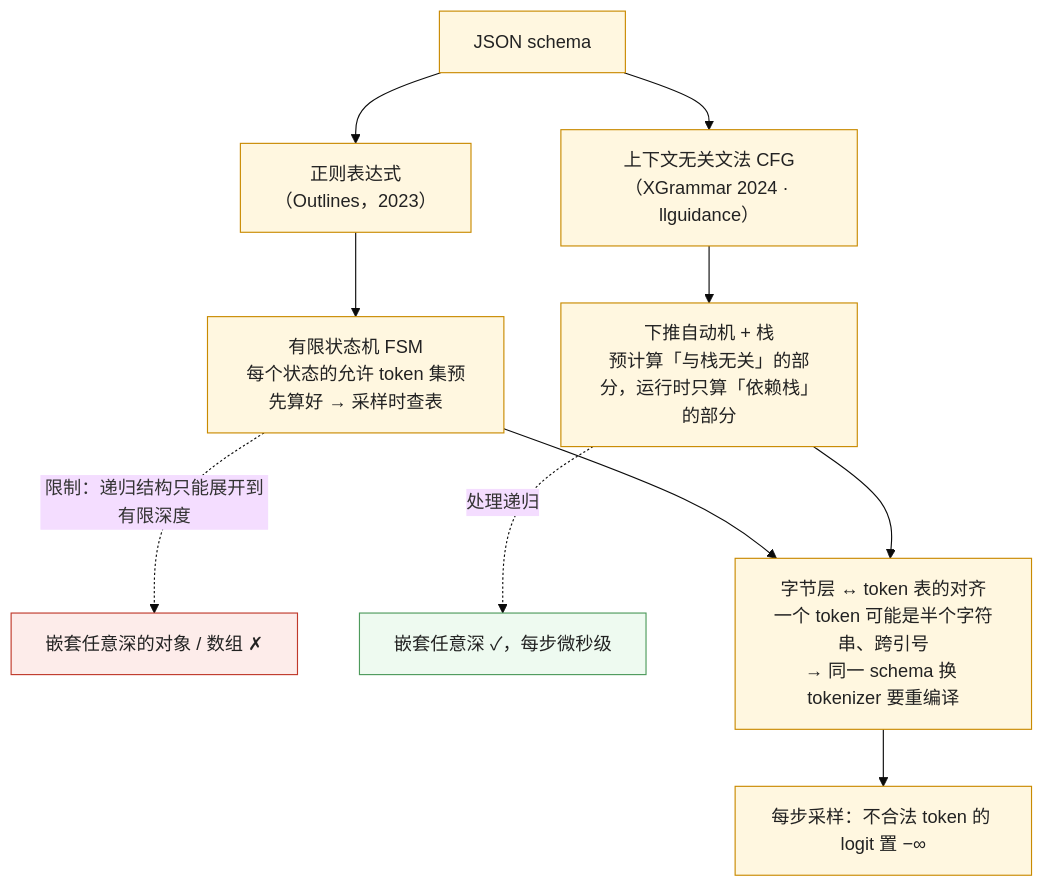
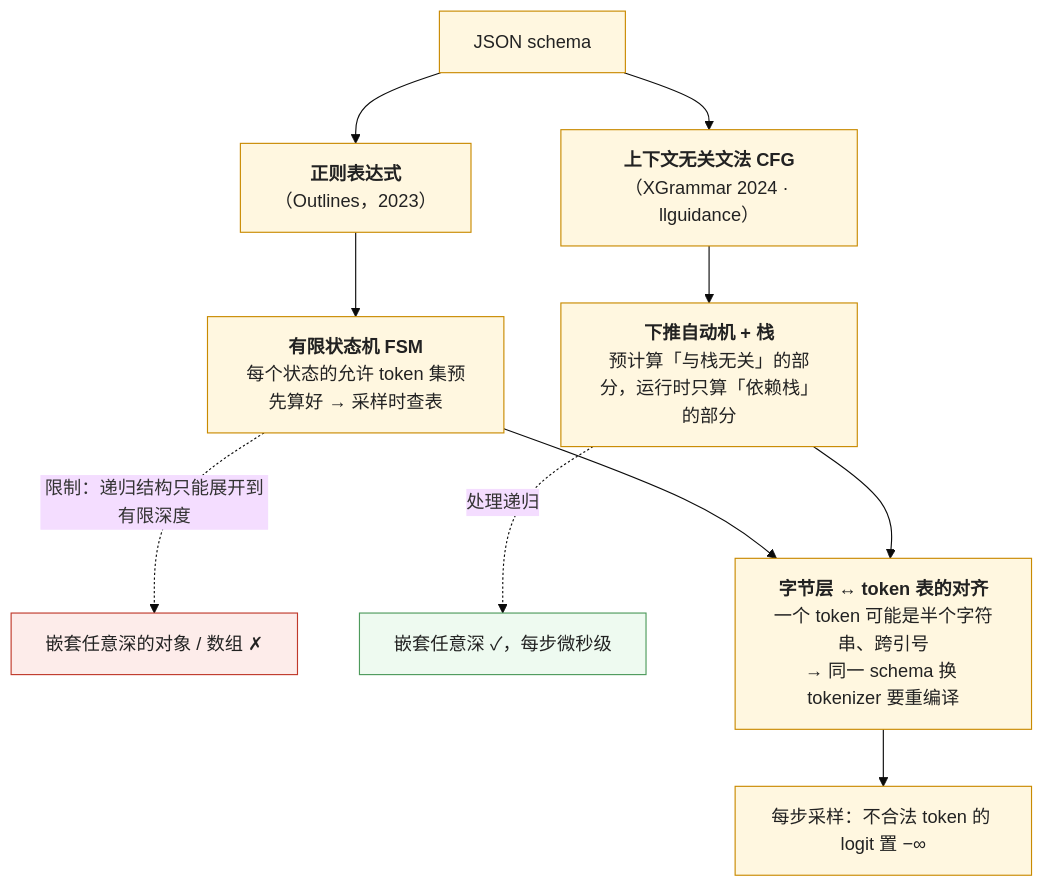
One commit to arganzheng/arganzheng.github.com changed the first of 4 diagrams in _posts/2026-10-08-structured-output-constrained-decoding-and-schema-design.md. Above: the diagram before and after it, drawn with Mermaid (base theme). The commit also changed other lines of this file and 6 other files, not shown here.

First line of the commit message:
Prompt 与上下文工程：模型这一步该看到什么：Mermaid 多行方框的首行标为标题（7 篇）

````diff
--- a/_posts/2026-10-08-structured-output-constrained-decoding-and-schema-design.md
+++ b/_posts/2026-10-08-structured-output-constrained-decoding-and-schema-design.md
@@ -52,16 +52,16 @@
 ```mermaid
 %% 图：从 schema 到自动机的两条路——Outlines 把 schema 转成正则再编译成有限状态机，允许的 token 集合预先算好、采样时查表，但表达不了递归；XGrammar / llguidance 用上下文无关文法和下推自动机处理嵌套，把 token 集合拆成预计算部分和依赖栈的部分；两者都要在字节层面与 tokenizer 对齐
 flowchart TB
-    S["JSON schema"] --> R["正则表达式<br/>（Outlines，2023）"] --> F["有限状态机 FSM<br/>每个状态的允许 token 集预先算好 → 采样时查表"]
-    S --> G["上下文无关文法 CFG<br/>（XGrammar 2024 · llguidance）"] --> P["下推自动机 + 栈<br/>预计算「与栈无关」的部分，运行时只算「依赖栈」的部分"]
+    S["JSON schema"] --> R["<b>正则表达式</b><br/>（Outlines，2023）"] --> F["<b>有限状态机 FSM</b><br/>每个状态的允许 token 集预先算好 → 采样时查表"]
+    S --> G["<b>上下文无关文法 CFG</b><br/>（XGrammar 2024 · llguidance）"] --> P["<b>下推自动机 + 栈</b><br/>预计算「与栈无关」的部分，运行时只算「依赖栈」的部分"]
     F -.->|"限制：递归结构只能展开到有限深度"| X1["嵌套任意深的对象 / 数组 ✗"]
     P -.->|"处理递归"| X2["嵌套任意深 ✓，每步微秒级"]
-    F & P --> B["字节层 ↔ token 表的对齐<br/>一个 token 可能是半个字符串、跨引号<br/>→ 同一 schema 换 tokenizer 要重编译"]
+    F & P --> B["<b>字节层 ↔ token 表的对齐</b><br/>一个 token 可能是半个字符串、跨引号<br/>→ 同一 schema 换 tokenizer 要重编译"]
     B --> D["每步采样：不合法 token 的 logit 置 −∞"]
     classDef step fill:#fff7e0,stroke:#c98a00,color:#222
     classDef bad fill:#fdecea,stroke:#c0392b,color:#222
     classDef ok fill:#eefaf0,stroke:#4d9a5c,color:#222
     class S,R,F,G,P,B,D step
     class X1 bad
     class X2 ok
 ```
````
